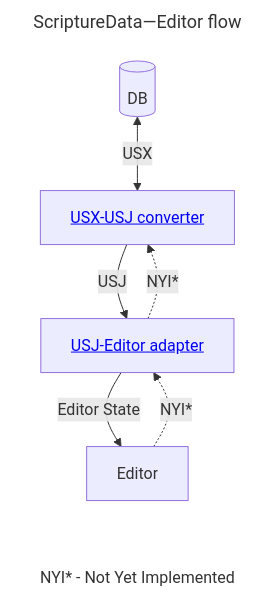
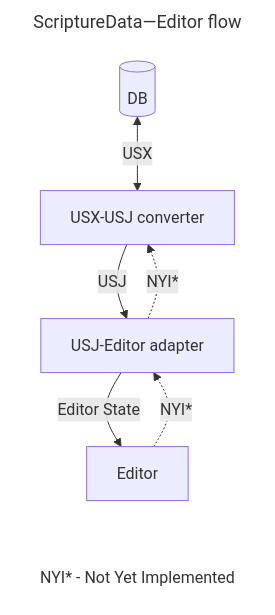
One commit to BiblioNexus-Foundation/scripture-editors changed the diagram in packages/platform/README.md. Above: the diagram before and after it, drawn with Mermaid. The commit also changed other lines of this file and 5 other files, not shown here.

````diff
--- a/packages/platform/README.md
+++ b/packages/platform/README.md
@@ -3,14 +13,14 @@
 ```mermaid
 ---
 title: ScriptureData—Editor flow
 ---
 graph TB
   DB[(DB)] <-- USX --> C
-  C[<a href='/BiblioNexus-Foundation/scripture-editors/tree/main/packages/shared/converters/usj'>USX-USJ converter</a>] -- USJ --> A
-  A[<a href='/BiblioNexus-Foundation/scripture-editors/tree/main/packages/platform/src/editor/plugins/UpdateStatePlugin.tsx'>USJ-Editor adapter</a>] -- Editor State --> Editor
+  C[USX-USJ converter] -- USJ --> A
+  A[USJ-Editor adapter] -- Editor State --> Editor
   A -. NYI* .-> C
   Editor -. NYI* .-> A
 
   Editor ~~~ Key[NYI* - Not Yet Implemented]
   style Key fill:#fff,stroke:#fff
 ```
````
